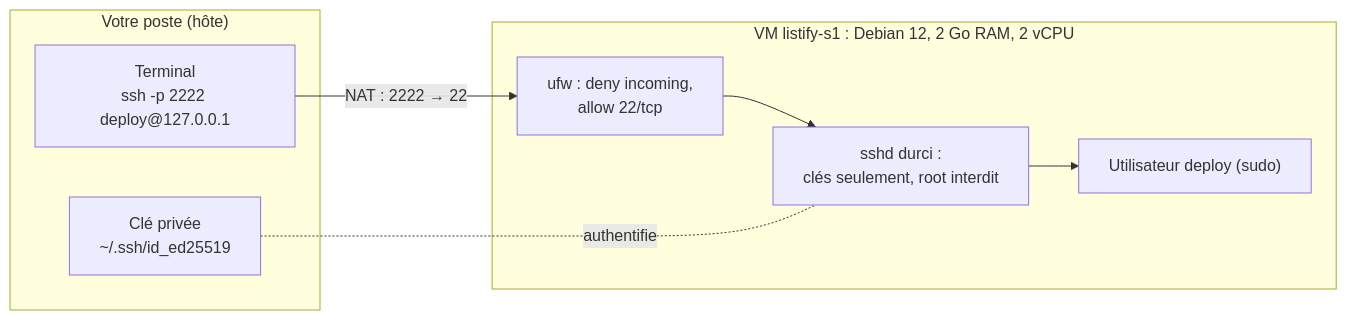
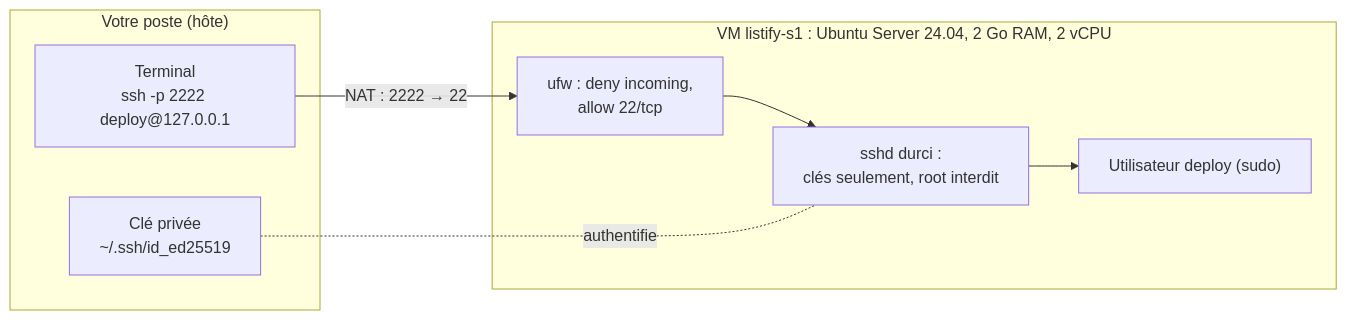
One commit to menraromial/ingenierie-deploiement changed the diagram in docs/semestre1/bloc1/tp/tp1-vm-ssh-durcissement.md. Above: the diagram before and after it, drawn with Mermaid. The commit also changed other lines of this file and 11 other files, not shown here.

Commit message:
Bascule du Bloc 1 sur Ubuntu Server 24.04 LTS (installateur Subiquity, PostgreSQL 16), URL ISO et agrandissement de la timeline

````diff
--- a/docs/semestre1/bloc1/tp/tp1-vm-ssh-durcissement.md
+++ b/docs/semestre1/bloc1/tp/tp1-vm-ssh-durcissement.md
@@ -13,14 +13,14 @@
 ```mermaid
 flowchart LR
     subgraph Hote["Votre poste (hôte)"]
         T["Terminal<br/>ssh -p 2222 deploy@127.0.0.1"]
         K["Clé privée<br/>~/.ssh/id_ed25519"]
     end
-    subgraph VM["VM listify-s1 : Debian 12, 2 Go RAM, 2 vCPU"]
+    subgraph VM["VM listify-s1 : Ubuntu Server 24.04, 2 Go RAM, 2 vCPU"]
         S["sshd durci :<br/>clés seulement, root interdit"]
         U["ufw : deny incoming,<br/>allow 22/tcp"]
         D["Utilisateur deploy (sudo)"]
     end
     T -->|"NAT : 2222 → 22"| U --> S --> D
     K -.authentifie.- S
 ```
````
